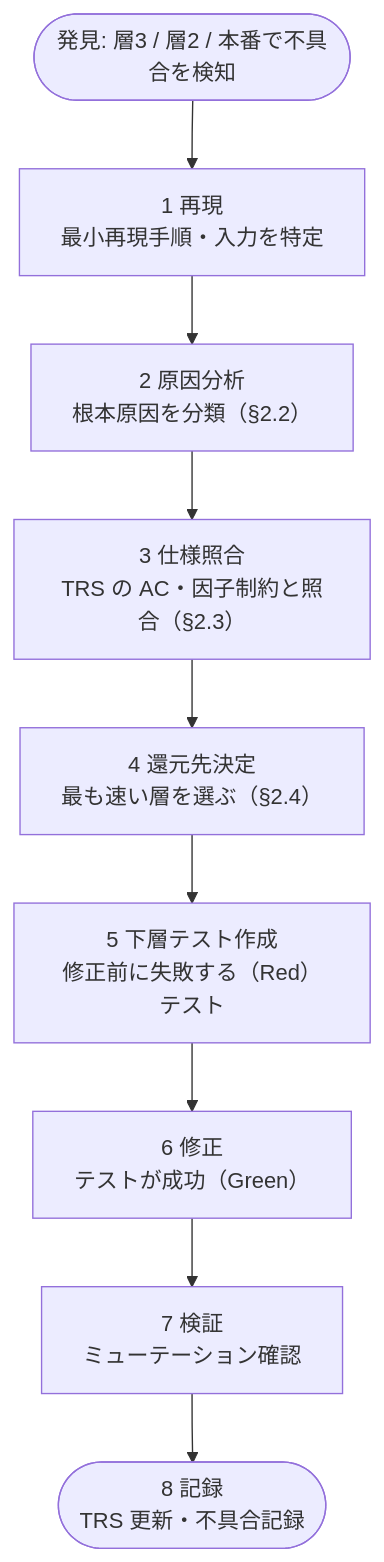
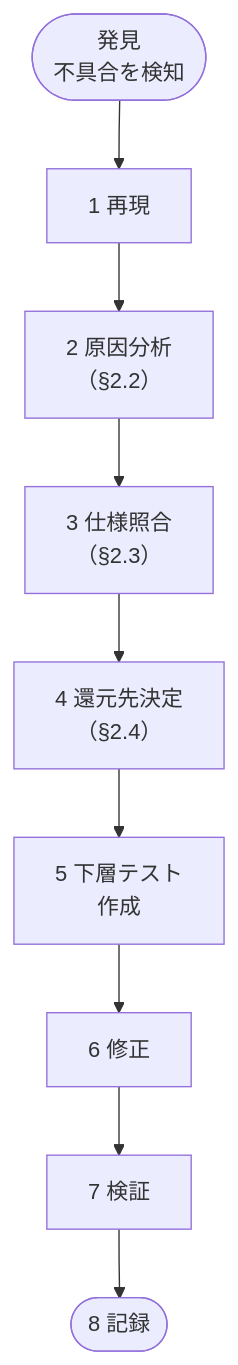
One commit to toshio-shiratori/harness-test-strategy changed the first of 3 diagrams in docs/testing/04-regression-governance.md. Above: the diagram before and after it, drawn with Mermaid. The commit also changed other lines of this file and 5 other files, not shown here.

First line of the commit message:
docs: docs/testing の図で、ノード内の文字が GitHub 上で語の途中で折り返すのを直す (#210) (#220)

````diff
--- a/docs/testing/04-regression-governance.md
+++ b/docs/testing/04-regression-governance.md
@@ -30,13 +30,13 @@
 ```mermaid
 flowchart TB
-  A(["発見: 層3 / 層2 / 本番で不具合を検知"])
-  B["1 再現<br/>最小再現手順・入力を特定"]
-  C["2 原因分析<br/>根本原因を分類（§2.2）"]
-  D["3 仕様照合<br/>TRS の AC・因子制約と照合（§2.3）"]
-  E["4 還元先決定<br/>最も速い層を選ぶ（§2.4）"]
-  F["5 下層テスト作成<br/>修正前に失敗する（Red）テスト"]
-  G["6 修正<br/>テストが成功（Green）"]
-  H["7 検証<br/>ミューテーション確認"]
-  I(["8 記録<br/>TRS 更新・不具合記録"])
+  A(["発見<br/>不具合を検知"])
+  B["1 再現"]
+  C["2 原因分析<br/>（§2.2）"]
+  D["3 仕様照合<br/>（§2.3）"]
+  E["4 還元先決定<br/>（§2.4）"]
+  F["5 下層テスト<br/>作成"]
+  G["6 修正"]
+  H["7 検証"]
+  I(["8 記録"])
   A --> B --> C --> D --> E --> F --> G --> H --> I
 ```
````
